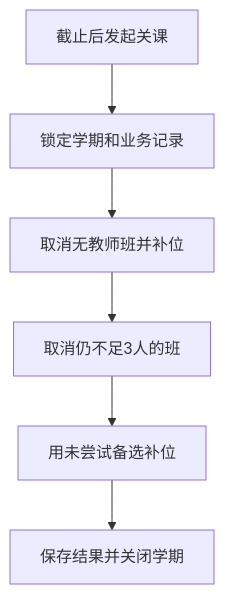
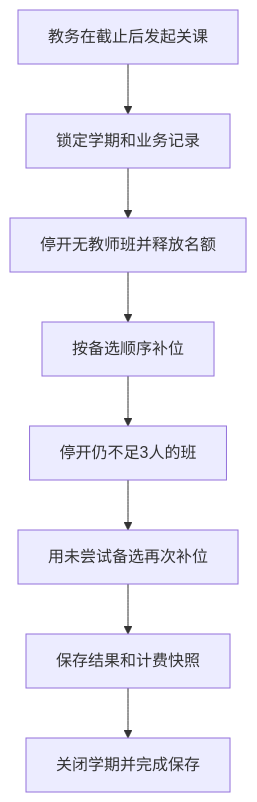
The second of 2 diagrams in 课程注册系统设计文档.md (jwe148/-), drawn with Mermaid before and after one commit. The commit also changed other lines of this file and 13 other files, not shown here.

````diff
--- a/课程注册系统设计文档.md
+++ b/课程注册系统设计文档.md
@@ -54,8 +124,10 @@
 ```mermaid
 flowchart TD
-    A[截止后发起关课] --> B[锁定学期和业务记录]
-    B --> C[取消无教师班并补位]
-    C --> D[取消仍不足3人的班]
-    D --> E[用未尝试备选补位]
-    E --> F[保存结果并关闭学期]
+    A[教务在截止后发起关课] --> B[锁定学期和业务记录]
+    B --> C[停开无教师班并释放名额]
+    C --> D[按备选顺序补位]
+    D --> E[停开仍不足3人的班]
+    E --> F[用未尝试备选再次补位]
+    F --> G[保存结果和计费快照]
+    G --> H[关闭学期并完成保存]
 ```
````
